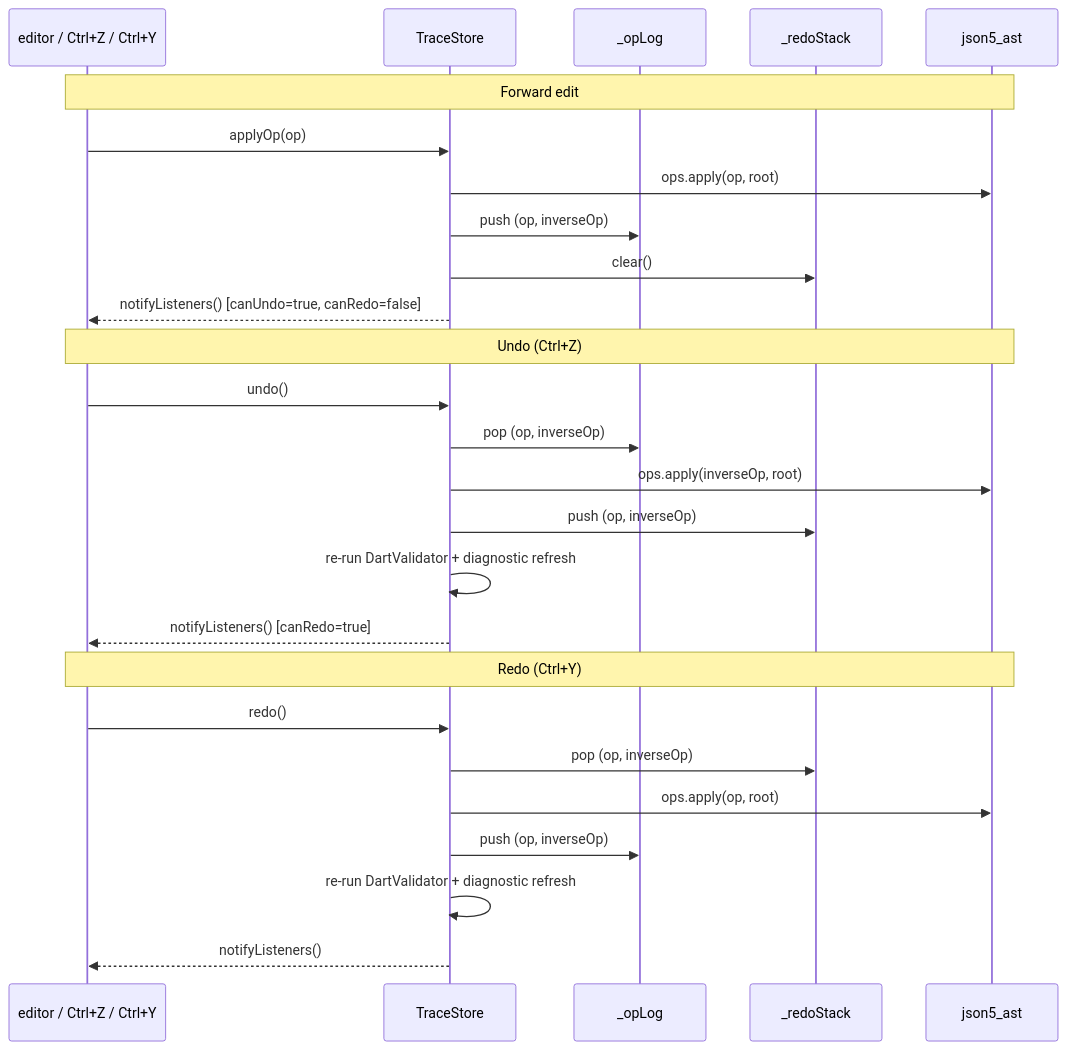
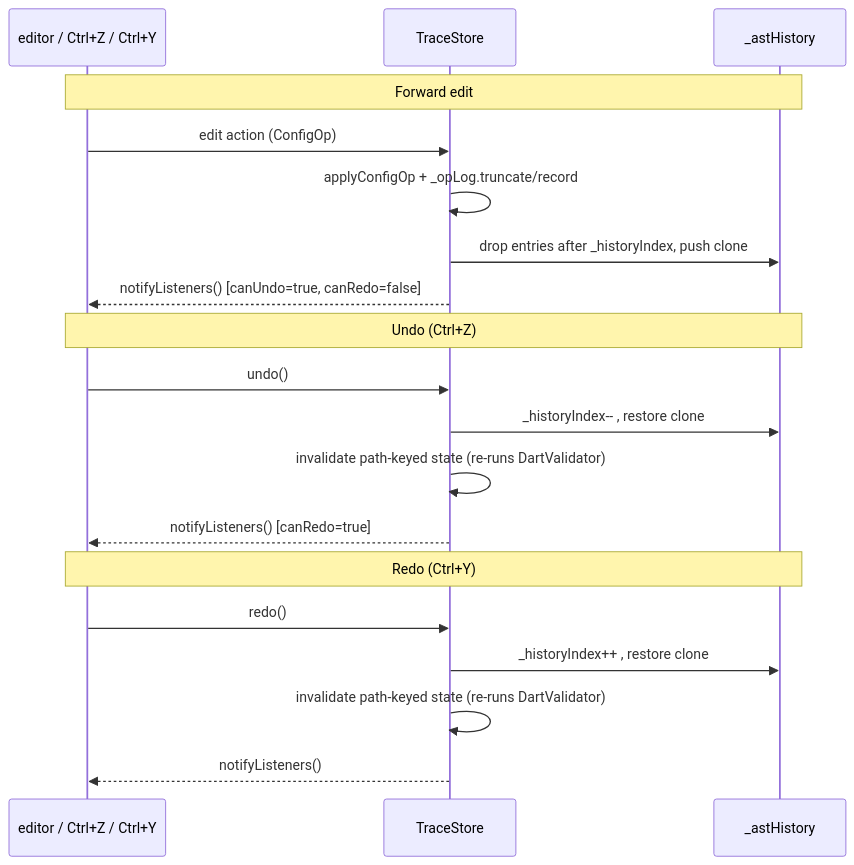
The eighth of 10 diagrams in docs/dev/architecture/gui.md (zaxified/bxp), drawn with Mermaid before and after one commit. The commit also changed other lines of this file and 53 other files, not shown here.

````diff
--- a/docs/dev/architecture/gui.md
+++ b/docs/dev/architecture/gui.md
@@ -430,31 +442,24 @@
 ```mermaid
 sequenceDiagram
     participant UI as editor / Ctrl+Z / Ctrl+Y
     participant TS as TraceStore
-    participant LOG as _opLog
-    participant REDO as _redoStack
-    participant AST as json5_ast
+    participant H as _astHistory
 
-    Note over UI,AST: Forward edit
-    UI->>TS: applyOp(op)
-    TS->>AST: ops.apply(op, root)
-    TS->>LOG: push (op, inverseOp)
-    TS->>REDO: clear()
+    Note over UI,H: Forward edit
+    UI->>TS: edit action (ConfigOp)
+    TS->>TS: applyConfigOp + _opLog.truncate/record
+    TS->>H: drop entries after _historyIndex, push clone
     TS-->>UI: notifyListeners() [canUndo=true, canRedo=false]
 
-    Note over UI,AST: Undo (Ctrl+Z)
+    Note over UI,H: Undo (Ctrl+Z)
     UI->>TS: undo()
-    TS->>LOG: pop (op, inverseOp)
-    TS->>AST: ops.apply(inverseOp, root)
-    TS->>REDO: push (op, inverseOp)
-    TS->>TS: re-run DartValidator + diagnostic refresh
+    TS->>H: _historyIndex-- , restore clone
+    TS->>TS: invalidate path-keyed state (re-runs DartValidator)
     TS-->>UI: notifyListeners() [canRedo=true]
 
-    Note over UI,AST: Redo (Ctrl+Y)
+    Note over UI,H: Redo (Ctrl+Y)
     UI->>TS: redo()
-    TS->>REDO: pop (op, inverseOp)
-    TS->>AST: ops.apply(op, root)
-    TS->>LOG: push (op, inverseOp)
-    TS->>TS: re-run DartValidator + diagnostic refresh
+    TS->>H: _historyIndex++ , restore clone
+    TS->>TS: invalidate path-keyed state (re-runs DartValidator)
     TS-->>UI: notifyListeners()
 ```
````
